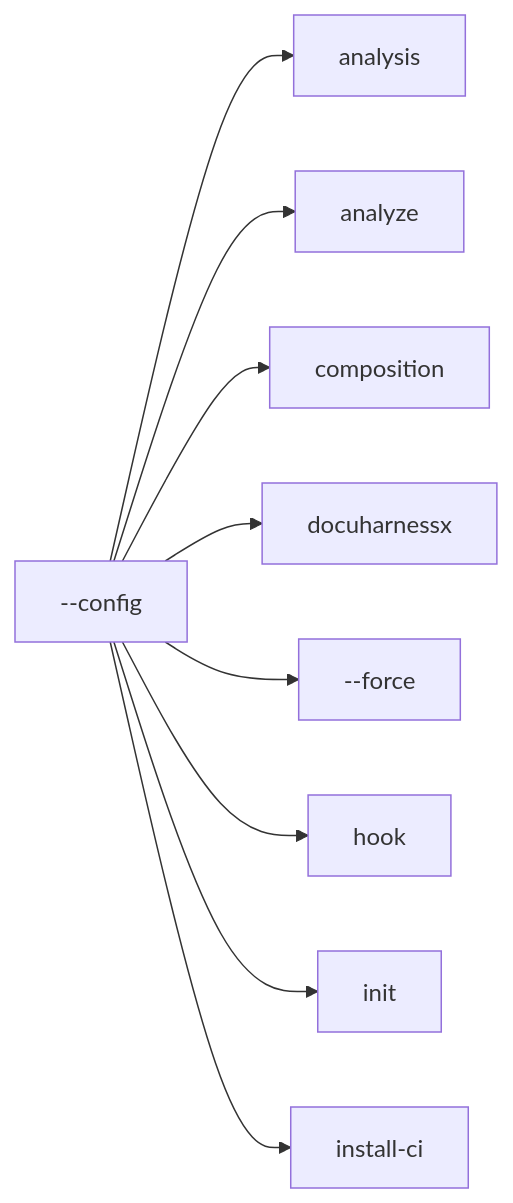
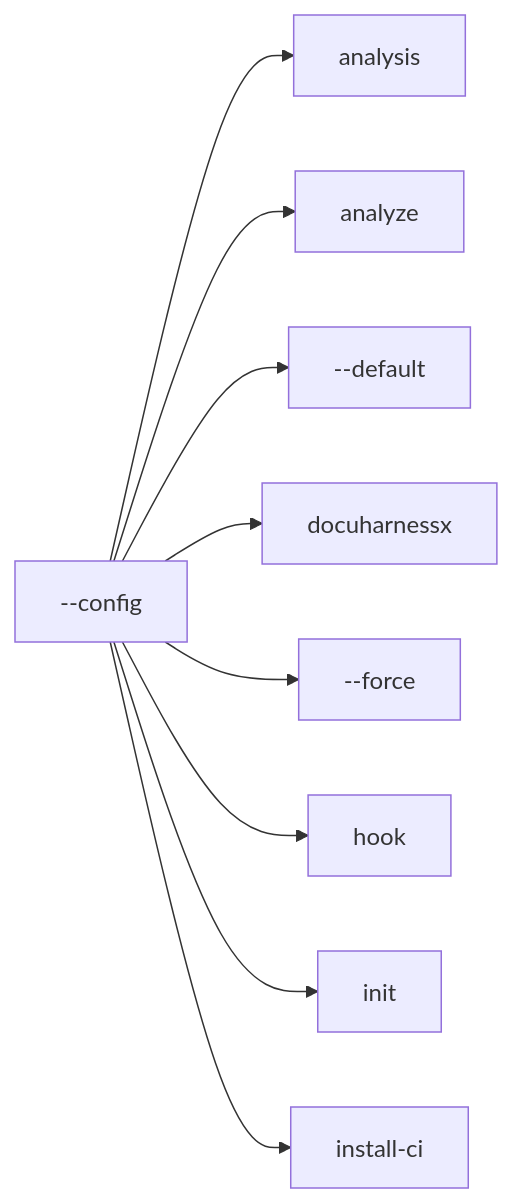
The seventh of 30 diagrams in docs/glossary.md (norandom/DocuHarnessX), drawn with Mermaid before and after one commit. The commit also changed other lines of this file and 12 other files, not shown here.

````diff
--- a/docs/glossary.md
+++ b/docs/glossary.md
@@ -243,20 +245,20 @@
 ```mermaid
 flowchart LR
   here["--config"]
   r0["analysis"]
   here --> r0
   r1["analyze"]
   here --> r1
-  r2["composition"]
+  r2["--default"]
   here --> r2
   r3["docuharnessx"]
   here --> r3
   r4["--force"]
   here --> r4
   r5["hook"]
   here --> r5
   r6["init"]
   here --> r6
   r7["install-ci"]
   here --> r7
 ```
````
